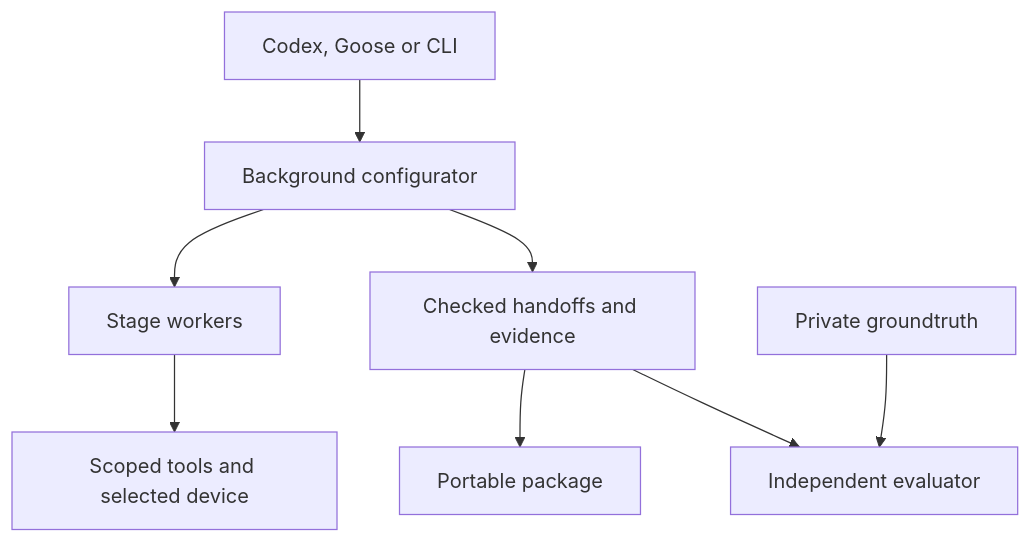
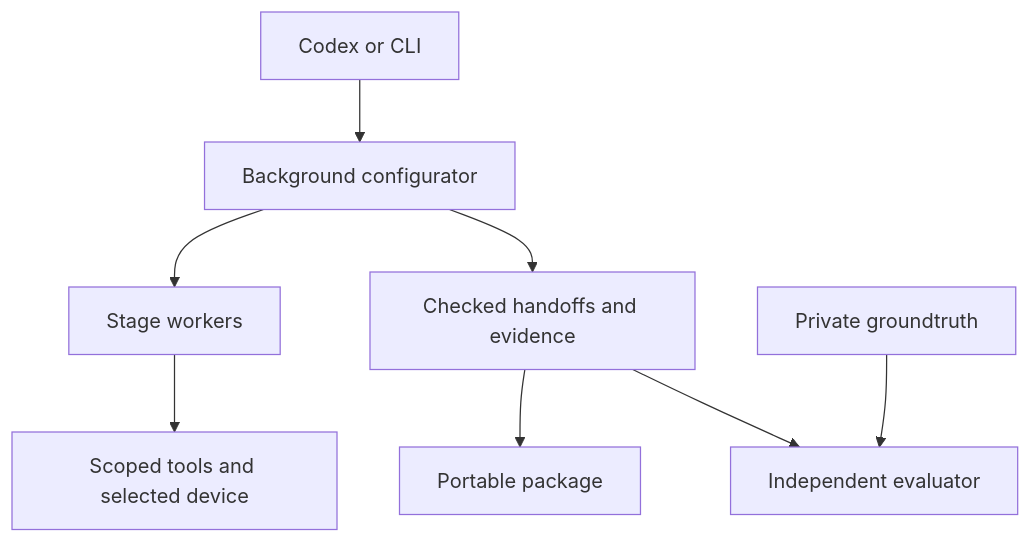
The first of 2 diagrams in docs/design.md (cam-berger/generative-driver), drawn with Mermaid before and after one commit. The commit also changed other lines of this file and 45 other files, not shown here.

````diff
--- a/docs/design.md
+++ b/docs/design.md
@@ -15,10 +15,10 @@
 ```mermaid
 flowchart TD
-    U[Codex, Goose or CLI] --> C[Background configurator]
+    U[Codex or CLI] --> C[Background configurator]
     C --> A[Stage workers]
     A --> T[Scoped tools and selected device]
     C --> E[Checked handoffs and evidence]
     E --> P[Portable package]
     E --> V[Independent evaluator]
     G[Private groundtruth] --> V
 ```
````
